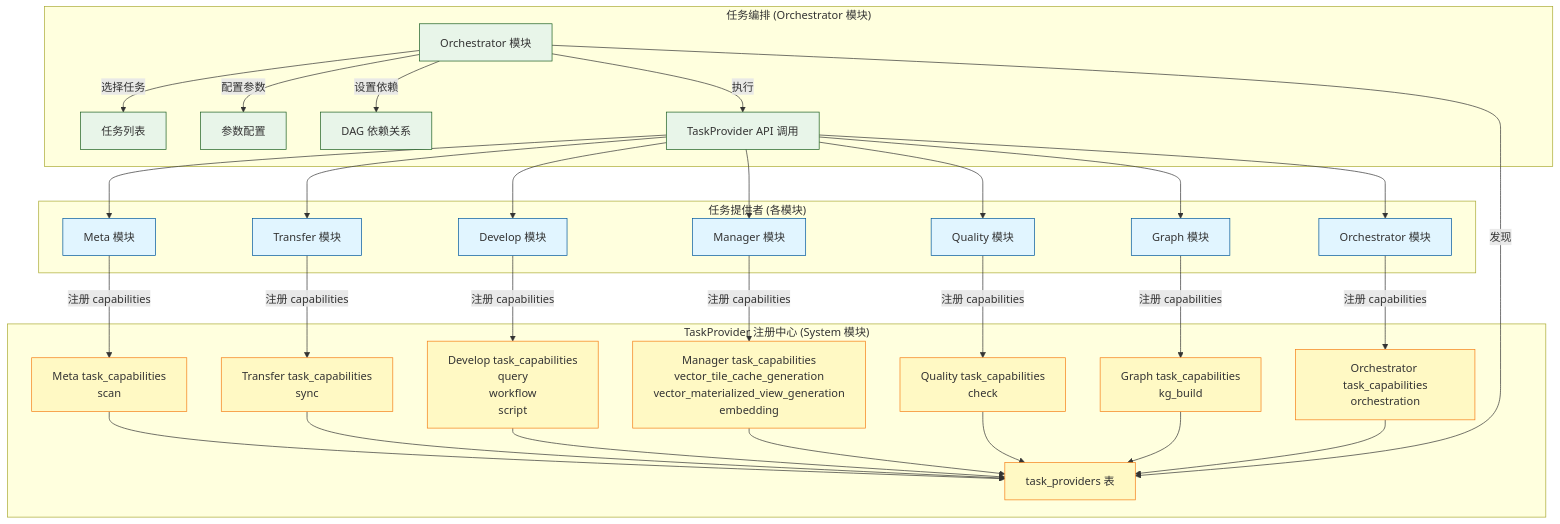
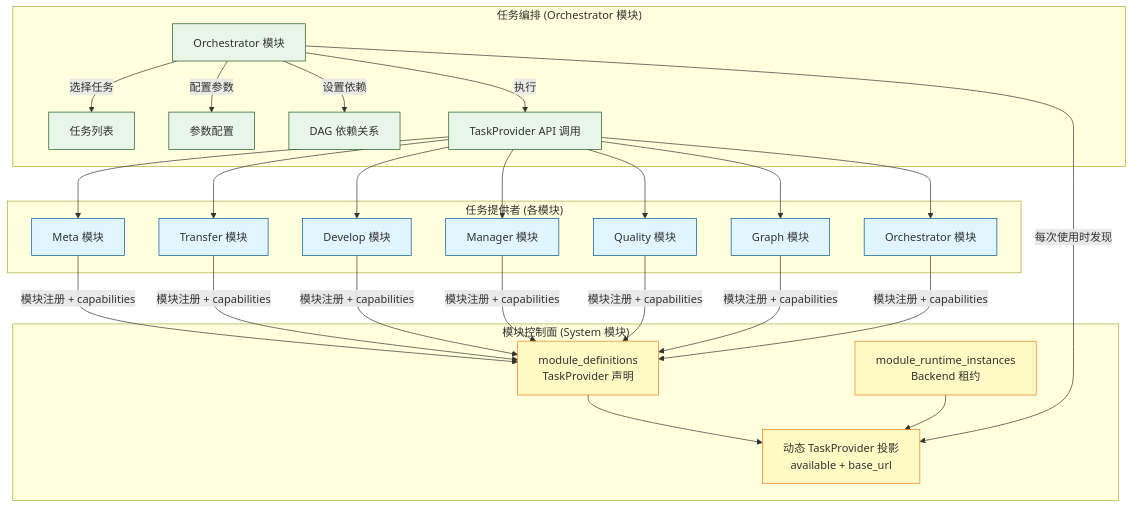
The first of 6 diagrams in docs/concepts/addp任务编排体系图.md (pampa0629/addp), drawn with Mermaid before and after one commit. The commit also changed other lines of this file and 145 other files, not shown here.

````diff
--- a/docs/concepts/addp任务编排体系图.md
+++ b/docs/concepts/addp任务编排体系图.md
@@ -35,58 +35,55 @@
 ```mermaid
 graph TB
     subgraph "任务提供者 (各模块)"
         Meta[Meta 模块]
         Transfer[Transfer 模块]
         Develop[Develop 模块]
         Manager[Manager 模块]
         Quality[Quality 模块]
         Graph[Graph 模块]
         OrchestratorProvider[Orchestrator 模块]
     end
 
-    subgraph "TaskProvider 注册中心 (System 模块)"
-        Registry[task_providers 表]
+    subgraph "模块控制面 (System 模块)"
+        Definitions[module_definitions<br/>TaskProvider 声明]
+        Instances[module_runtime_instances<br/>Backend 租约]
+        Projection[动态 TaskProvider 投影<br/>available + base_url]
 
-        Meta --> |注册 capabilities| MetaCap[Meta task_capabilities<br/>scan]
-        Transfer --> |注册 capabilities| TransferCap[Transfer task_capabilities<br/>sync]
-        Develop --> |注册 capabilities| DevelopCap[Develop task_capabilities<br/>query<br/>workflow<br/>script]
-        Manager --> |注册 capabilities| ManagerCap[Manager task_capabilities<br/>vector_tile_cache_generation<br/>vector_materialized_view_generation<br/>embedding]
-        Quality --> |注册 capabilities| QualityCap[Quality task_capabilities<br/>check]
-        Graph --> |注册 capabilities| GraphCap[Graph task_capabilities<br/>kg_build]
-        OrchestratorProvider --> |注册 capabilities| OrchestratorCap[Orchestrator task_capabilities<br/>orchestration]
+        Definitions --> Projection
+        Instances --> Projection
+    end
 
-        MetaCap --> Registry
-        TransferCap --> Registry
-        DevelopCap --> Registry
-        ManagerCap --> Registry
-        QualityCap --> Registry
-        GraphCap --> Registry
-        OrchestratorCap --> Registry
-    end
+    Meta --> |模块注册 + capabilities| Definitions
+    Transfer --> |模块注册 + capabilities| Definitions
+    Develop --> |模块注册 + capabilities| Definitions
+    Manager --> |模块注册 + capabilities| Definitions
+    Quality --> |模块注册 + capabilities| Definitions
+    Graph --> |模块注册 + capabilities| Definitions
+    OrchestratorProvider --> |模块注册 + capabilities| Definitions
 
     subgraph "任务编排 (Orchestrator 模块)"
         Orchestrator[Orchestrator 模块]
 
-        Orchestrator --> |发现| Registry
+        Orchestrator --> |每次使用时发现| Projection
         Orchestrator --> |选择任务| Tasks[任务列表]
         Orchestrator --> |配置参数| Params[参数配置]
         Orchestrator --> |设置依赖| DAG[DAG 依赖关系]
         Orchestrator --> |执行| Call[TaskProvider API 调用]
     end
 
     Call --> Meta
     Call --> Transfer
     Call --> Develop
     Call --> Manager
     Call --> Quality
     Call --> Graph
     Call --> OrchestratorProvider
 
     classDef provider fill:#e1f5ff,stroke:#01579b
     classDef registry fill:#fff9c4,stroke:#f57f17
     classDef orchestrator fill:#e8f5e9,stroke:#1b5e20
 
     class Meta,Transfer,Develop,Manager,Quality,Graph,OrchestratorProvider provider
-    class Registry,MetaCap,TransferCap,DevelopCap,ManagerCap,QualityCap,GraphCap,OrchestratorCap registry
+    class Definitions,Instances,Projection registry
     class Orchestrator,Tasks,Params,DAG,Call orchestrator
 ```
````
